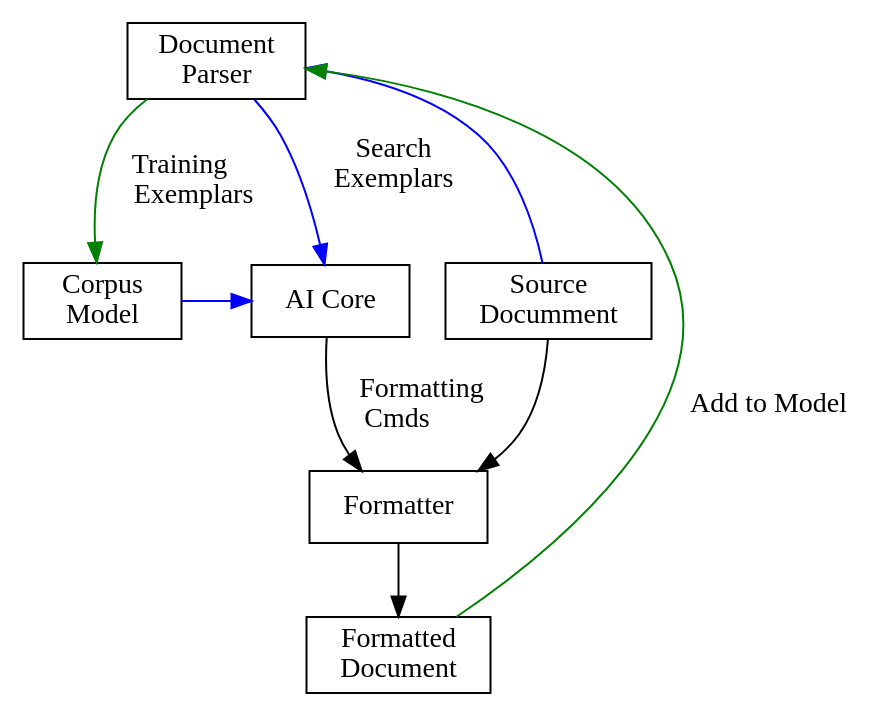
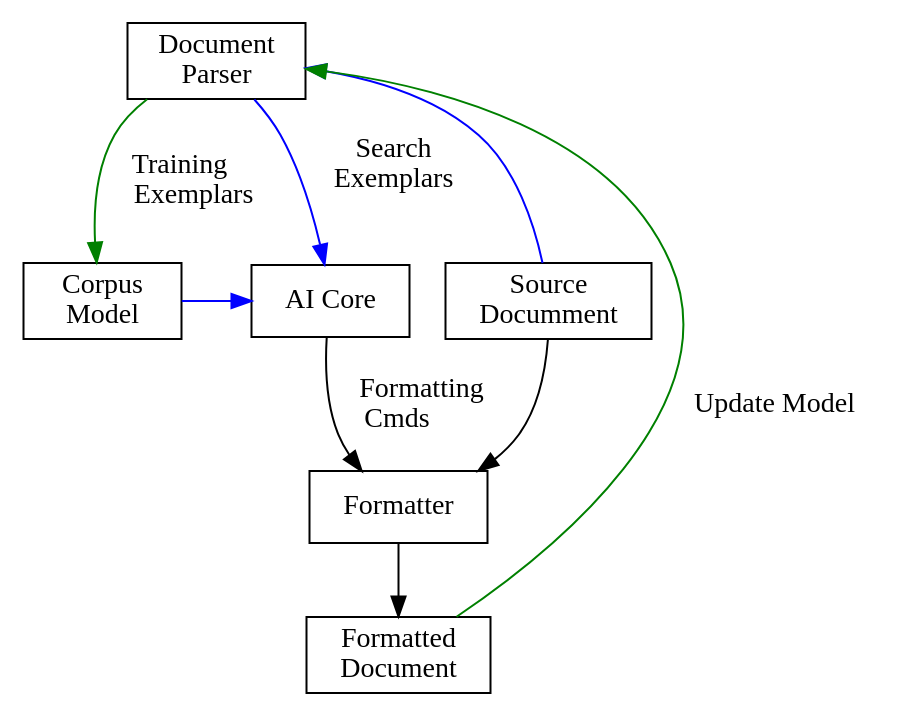
The first of 2 diagrams in doc/Example.md (grosenberg/Fluentmark), drawn with Graphviz before and after one commit. The commit also changed other lines of this file and 69 other files, not shown here.

```diff
--- a/doc/Example.md
+++ b/doc/Example.md
@@ -11,22 +11,22 @@
 ~~~ dot
 
 digraph M1{ 
 	node[shape=box width=1.1]
 	parser[label="Document\nParser"]
 	source[label="Source\nDocumment"]
 	corpus[label="Corpus\nModel"]
 	module[label="AI Core"]
 	format[label="Formatter"]
 	output[label="Formatted\nDocument"]
 	
 	corpus->module[color=blue constraint=false]
 	parser->module[color=blue label="Search\nExemplars\n\n"]
 	parser->corpus[color=green label="Training    \nExemplars"]
 	source->parser[color=blue constraint=false]
 	module->format[label="Formatting  \nCmds         " ]
 	source->format
 	format->output
-    output->parser[color=green constraint=false label="Add to Model"]
+    output->parser[color=green constraint=false label="Update Model"]
 }
 
 ~~~
```
